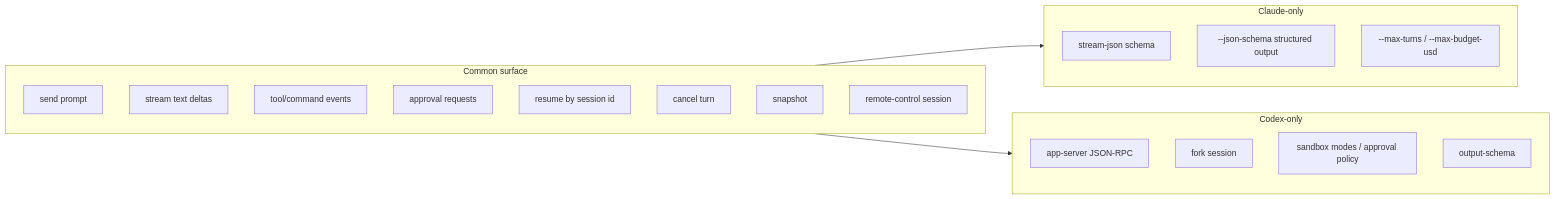
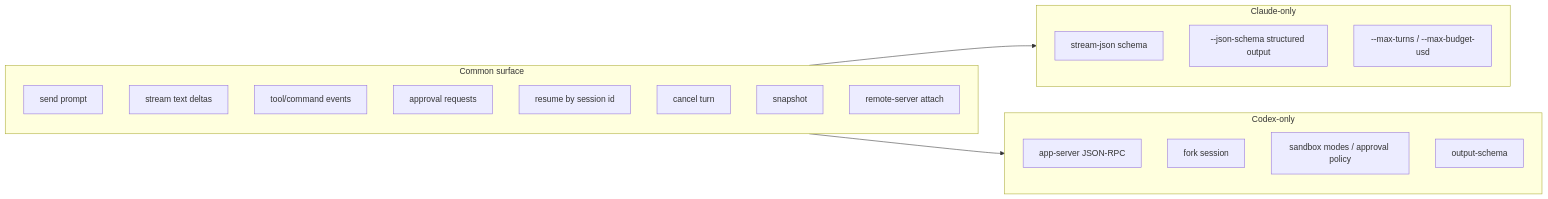
One commit to Alyxion/yikes changed the diagram in docs/backends/index.md. Above: the diagram before and after it, drawn with Mermaid. The commit also changed other lines of this file and 40 other files, not shown here.

````diff
--- a/docs/backends/index.md
+++ b/docs/backends/index.md
@@ -19,26 +19,26 @@
 ```mermaid
 flowchart LR
     subgraph common[Common surface]
         c1[send prompt]
         c2[stream text deltas]
         c3[tool/command events]
         c4[approval requests]
         c5[resume by session id]
         c6[cancel turn]
         c7[snapshot]
-        c8[remote-control session]
+        c8[remote-server attach]
     end
     subgraph claude_only[Claude-only]
         cc1[stream-json schema]
         cc2[--json-schema structured output]
         cc3[--max-turns / --max-budget-usd]
     end
     subgraph codex_only[Codex-only]
         co1[app-server JSON-RPC]
         co2[fork session]
         co3[sandbox modes / approval policy]
         co4[output-schema]
     end
     common --> claude_only
     common --> codex_only
 ```
````
